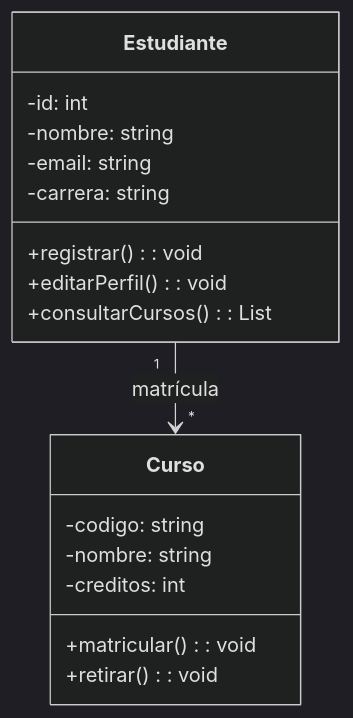
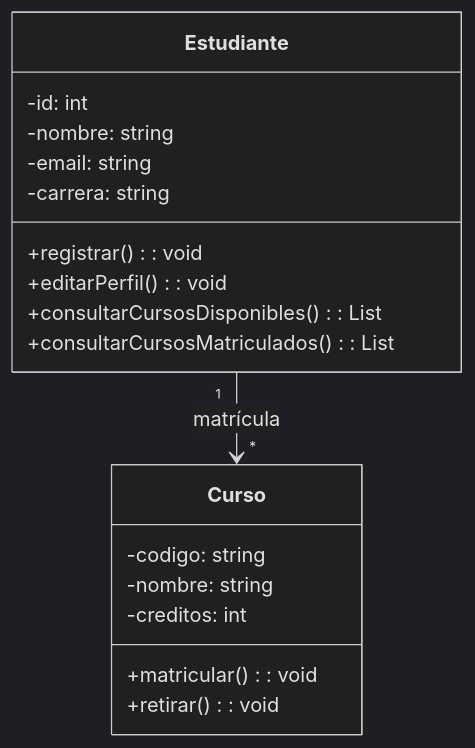
One commit to Axel-DuranM/Lab01 changed the diagram in Diagrama_de_Clase.mmd. Above: the diagram before and after it, drawn with Mermaid (dark theme).

Commit message:
Diagrama de clase estudiantes 1

```diff
--- a/Diagrama_de_Clase.mmd
+++ b/Diagrama_de_Clase.mmd
@@ -1,20 +1,21 @@
 classDiagram
     class Estudiante {
         -id: int
         -nombre: string
         -email: string
         -carrera: string
         +registrar(): void
         +editarPerfil(): void
-        +consultarCursos(): List<Curso>
+        +consultarCursosDisponibles(): List<Curso>
+        +consultarCursosMatriculados(): List<Curso>
     }
  
     class Curso {
         -codigo: string
         -nombre: string
         -creditos: int
         +matricular(): void
         +retirar(): void
     }
  
     Estudiante "1" --> "*" Curso : matrícula
```
